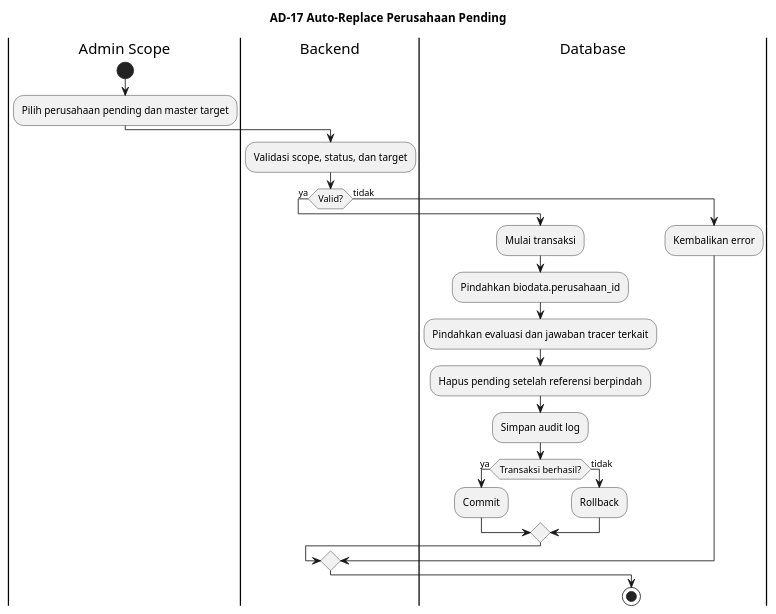
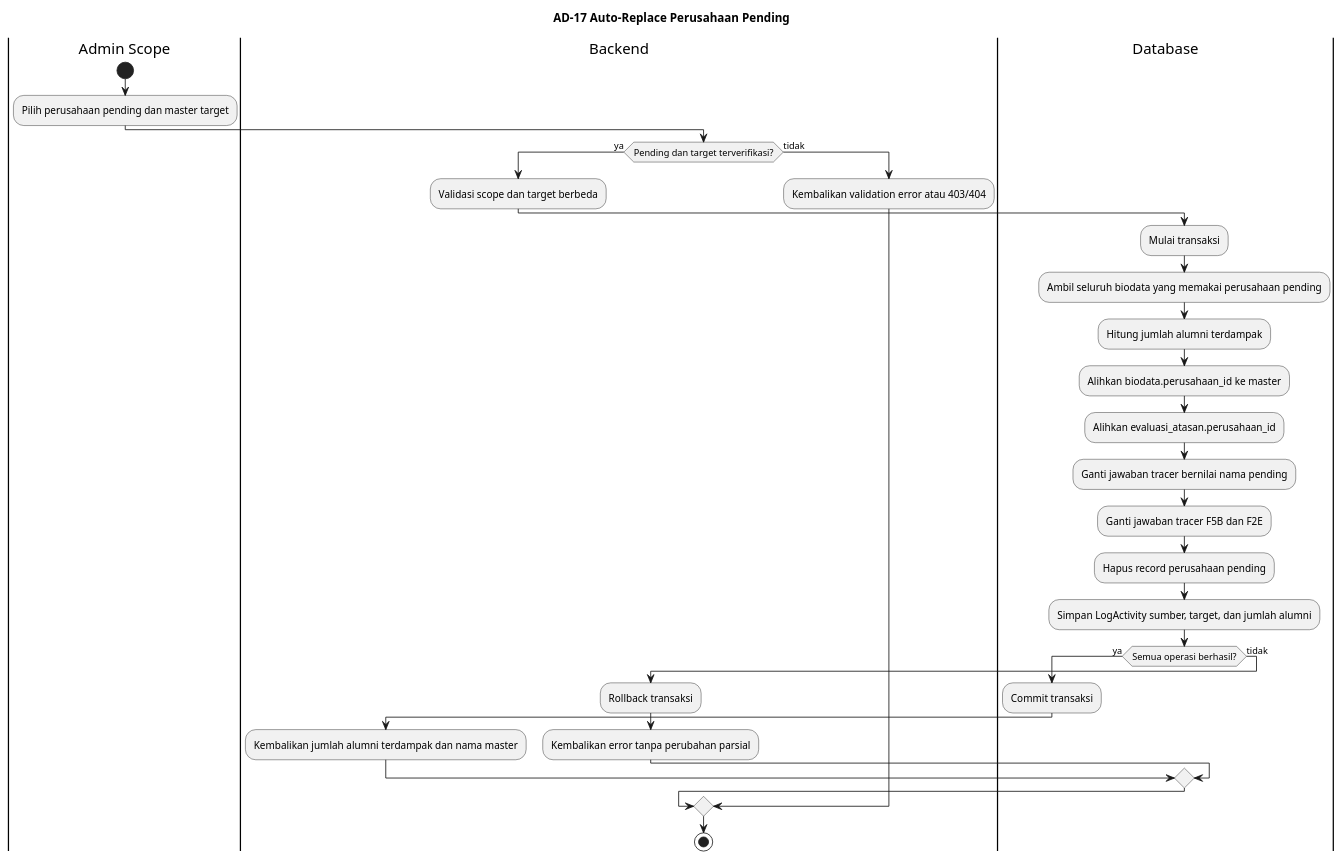
One commit to claraanjelitakd/tugas-akhir changed the diagram in docs/uml/activity-diagrams/AD-17-auto-replace-perusahaan.puml. Above: the diagram before and after it, drawn with PlantUML. The commit also changed 83 other files, not shown here.

Commit message:
Audit and simplify alumni profile data

```diff
--- a/docs/uml/activity-diagrams/AD-17-auto-replace-perusahaan.puml
+++ b/docs/uml/activity-diagrams/AD-17-auto-replace-perusahaan.puml
@@ -1,24 +1,32 @@
 @startuml
 title AD-17 Auto-Replace Perusahaan Pending
 |Admin Scope|
 start
 :Pilih perusahaan pending dan master target;
 |Backend|
-:Validasi scope, status, dan target;
-if (Valid?) then (ya)
+if (Pending dan target terverifikasi?) then (ya)
+  :Validasi scope dan target berbeda;
   |Database|
   :Mulai transaksi;
-  :Pindahkan biodata.perusahaan_id;
-  :Pindahkan evaluasi dan jawaban tracer terkait;
-  :Hapus pending setelah referensi berpindah;
-  :Simpan audit log;
-  if (Transaksi berhasil?) then (ya)
-    :Commit;
+  :Ambil seluruh biodata yang memakai perusahaan pending;
+  :Hitung jumlah alumni terdampak;
+  :Alihkan biodata.perusahaan_id ke master;
+  :Alihkan evaluasi_atasan.perusahaan_id;
+  :Ganti jawaban tracer bernilai nama pending;
+  :Ganti jawaban tracer F5B dan F2E;
+  :Hapus record perusahaan pending;
+  :Simpan LogActivity sumber, target, dan jumlah alumni;
+  if (Semua operasi berhasil?) then (ya)
+    :Commit transaksi;
+    |Backend|
+    :Kembalikan jumlah alumni terdampak dan nama master;
   else (tidak)
-    :Rollback;
+    :Rollback transaksi;
+    |Backend|
+    :Kembalikan error tanpa perubahan parsial;
   endif
 else (tidak)
-  :Kembalikan error;
+  :Kembalikan validation error atau 403/404;
 endif
 stop
 @enduml
```
